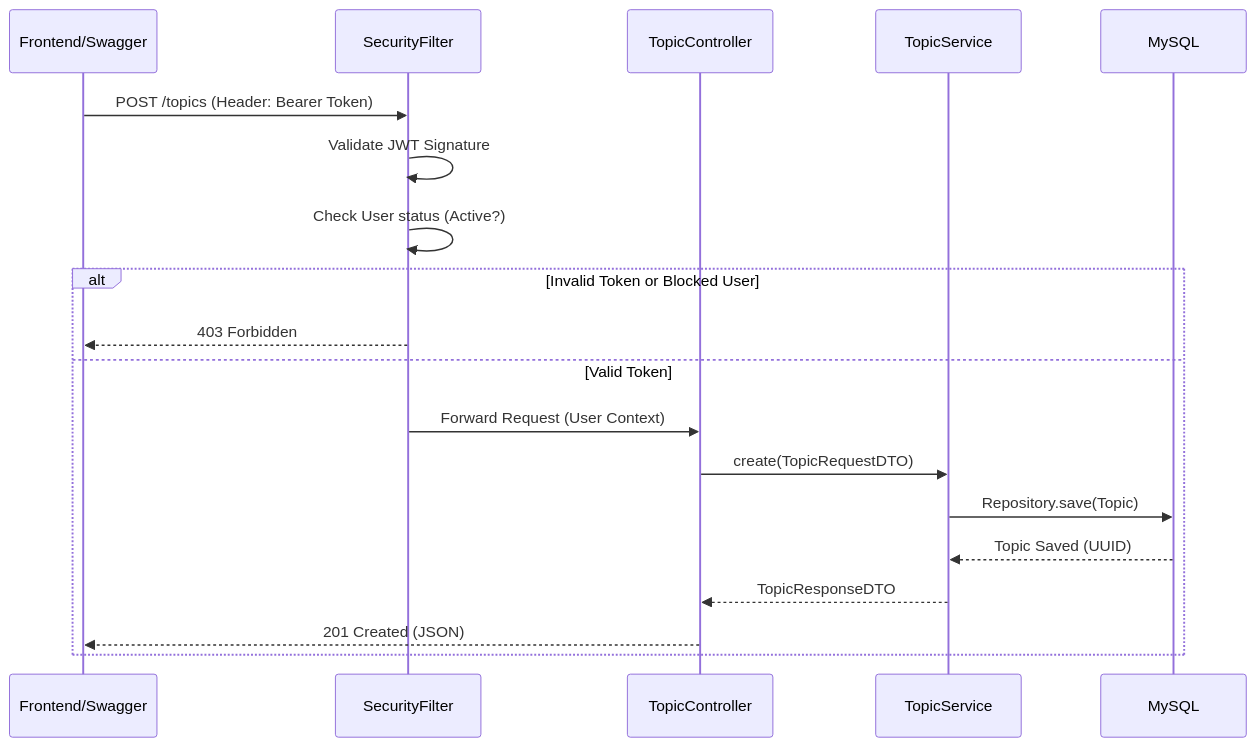
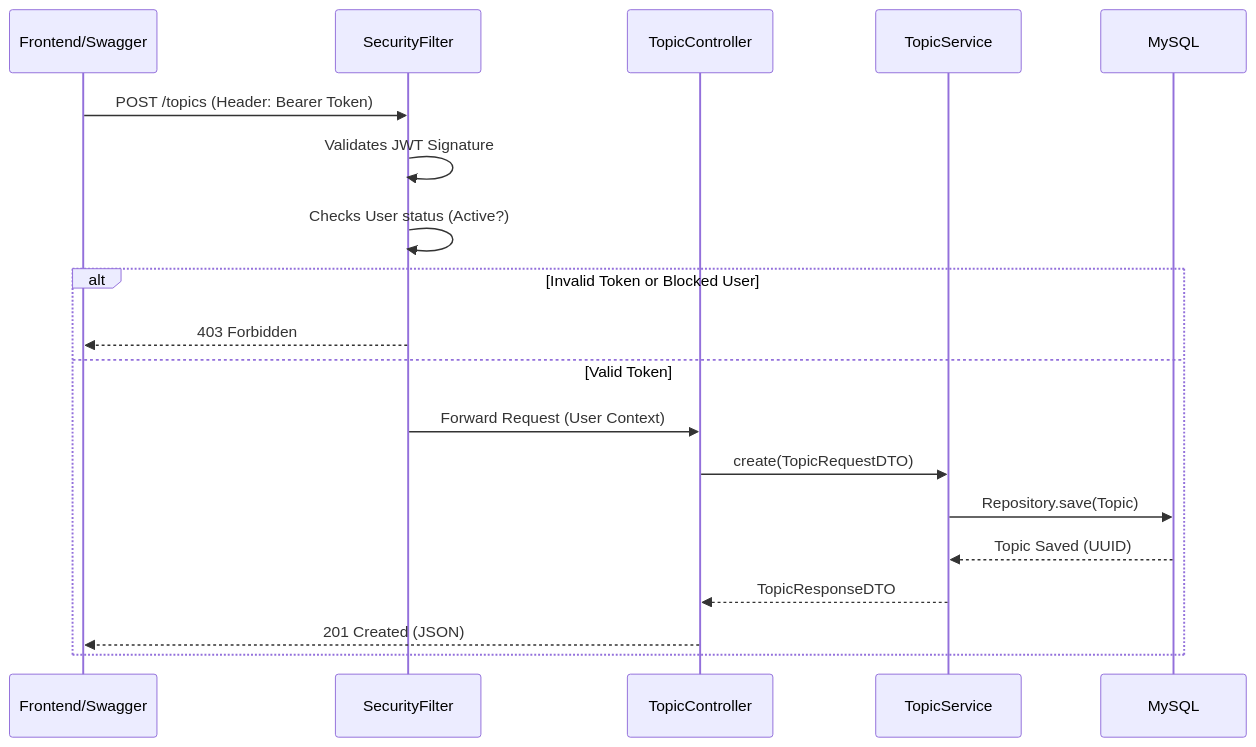
One commit to DessimA/forum-hub changed the third of 3 diagrams in docs/en/02-architecture.md. Above: the diagram before and after it, drawn with Mermaid. The commit also changed other lines of this file and 23 other files, not shown here.

````diff
--- a/docs/en/02-architecture.md
+++ b/docs/en/02-architecture.md
@@ -134,23 +135,23 @@
 ```mermaid
 sequenceDiagram
     participant Client as Frontend/Swagger
     participant Filter as SecurityFilter
     participant API as TopicController
     participant Service as TopicService
     participant DB as MySQL
 
     Client->>Filter: POST /topics (Header: Bearer Token)
-    Filter->>Filter: Validate JWT Signature
-    Filter->>Filter: Check User status (Active?)
+    Filter->>Filter: Validates JWT Signature
+    Filter->>Filter: Checks User status (Active?)
     
     alt Invalid Token or Blocked User
         Filter-->>Client: 403 Forbidden
     else Valid Token
         Filter->>API: Forward Request (User Context)
         API->>Service: create(TopicRequestDTO)
         Service->>DB: Repository.save(Topic)
         DB-->>Service: Topic Saved (UUID)
         Service-->>API: TopicResponseDTO
         API-->>Client: 201 Created (JSON)
     end
 ```
````
